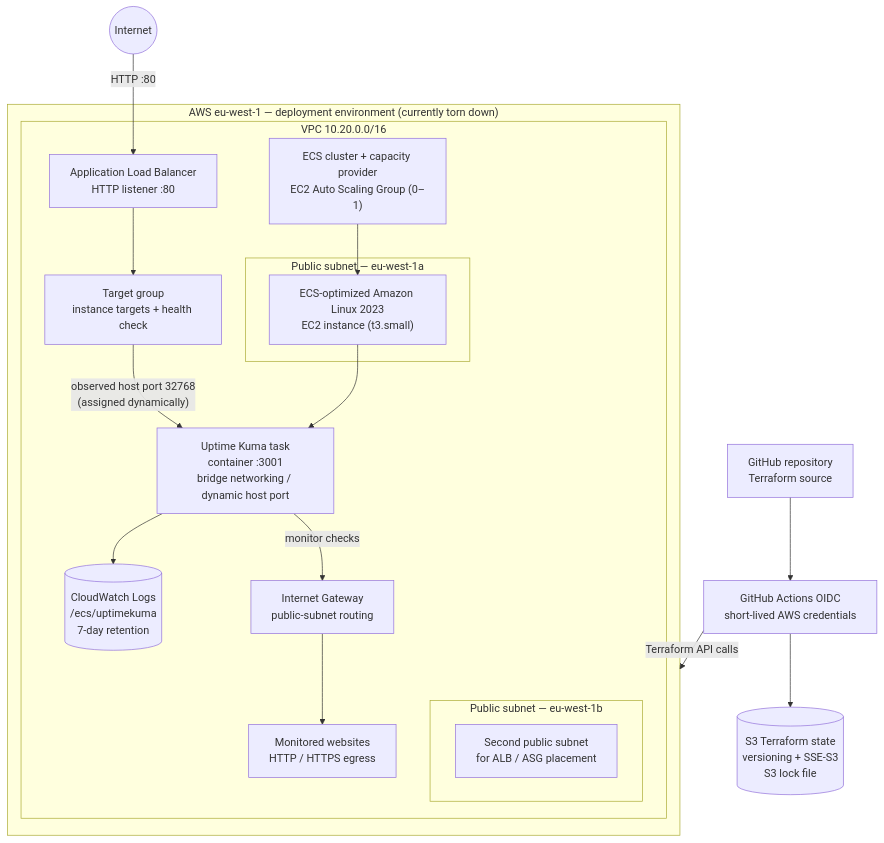
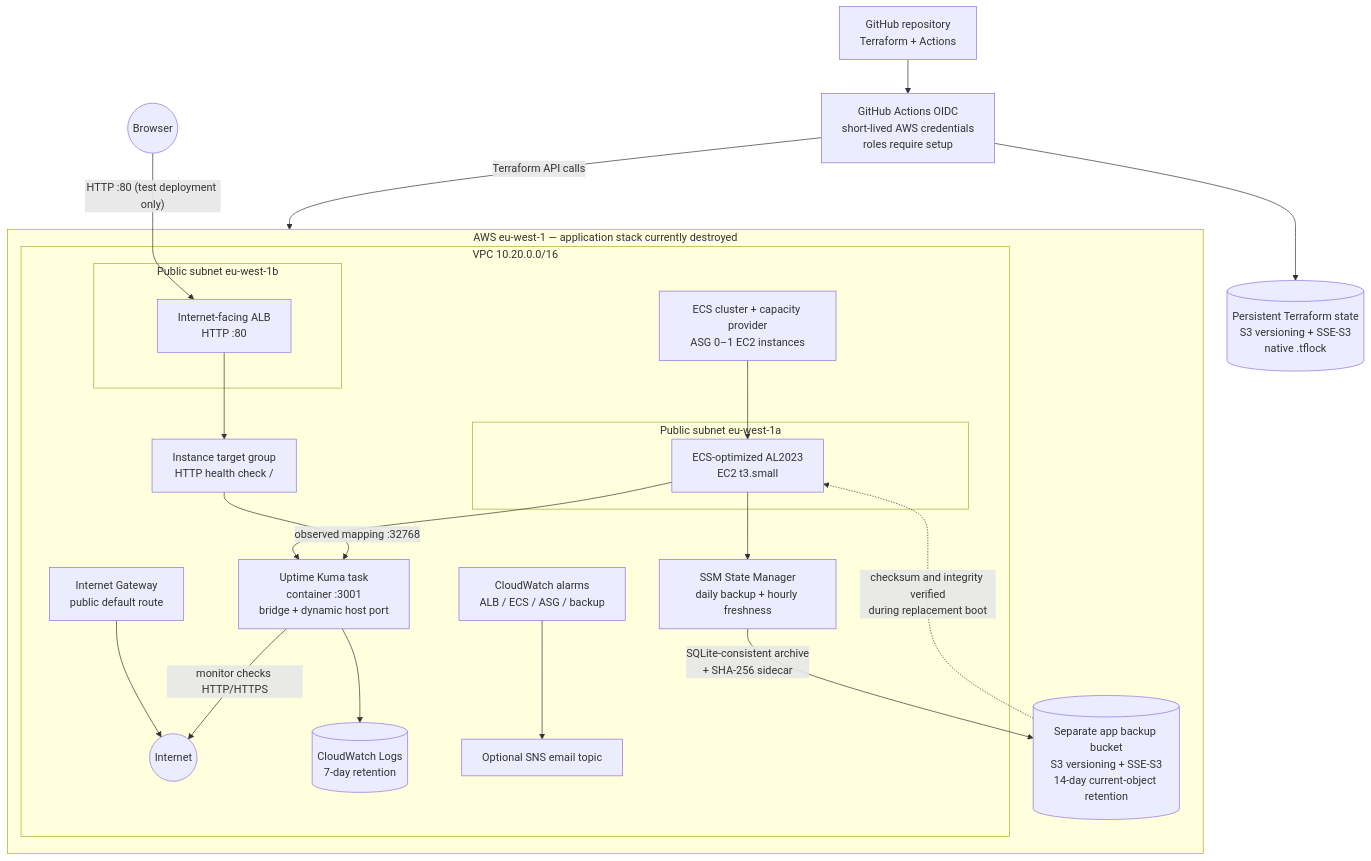
Before and after one commit to Pedro-Martins9/uptimekuma-aws-deployment: the diagram in README.md, drawn with Mermaid. The commit also changed other lines of this file, not shown here.

Commit message:
docs: document recovery architecture and current validation status

```diff
--- a/README.md
+++ b/README.md
@@ -19,36 +21,43 @@
 ~~~mermaid
 flowchart TB
-    Internet((Internet))
-    Targets["Monitored websites<br/>HTTP / HTTPS egress"]
-    GH["GitHub repository<br/>Terraform source"]
-    OIDC["GitHub Actions OIDC<br/>short-lived AWS credentials"]
-    State[("S3 Terraform state<br/>versioning + SSE-S3<br/>S3 lock file")]
+  User((Browser))
+  Internet((Internet))
+  GH["GitHub repository<br/>Terraform + Actions"]
+  OIDC["GitHub Actions OIDC<br/>short-lived AWS credentials<br/>roles require setup"]
+  State[("Persistent Terraform state<br/>S3 versioning + SSE-S3<br/>native .tflock")]
 
-    subgraph AWS["AWS eu-west-1 — deployment environment (currently torn down)"]
-      subgraph VPC["VPC 10.20.0.0/16"]
-        ALB["Application Load Balancer<br/>HTTP listener :80"]
-        TG["Target group<br/>instance targets + health check"]
-        subgraph AZA["Public subnet — eu-west-1a"]
-          EC2["ECS-optimized Amazon Linux 2023<br/>EC2 instance (t3.small)"]
-        end
-        subgraph AZB["Public subnet — eu-west-1b"]
-          Spare["Second public subnet<br/>for ALB / ASG placement"]
-        end
-        ECS["ECS cluster + capacity provider<br/>EC2 Auto Scaling Group (0–1)"]
-        App["Uptime Kuma task<br/>container :3001<br/>bridge networking / dynamic host port"]
-        Logs[("CloudWatch Logs<br/>/ecs/uptimekuma<br/>7-day retention")]
-        IGW["Internet Gateway<br/>public-subnet routing"]
-        ALB --> TG
-        TG -->|"observed host port 32768<br/>(assigned dynamically)"| App
-        ECS --> EC2
-        EC2 --> App
-        App --> Logs
-        IGW --> Targets
-        App -->|"monitor checks"| IGW
+  subgraph AWS["AWS eu-west-1 — application stack currently destroyed"]
+    subgraph VPC["VPC 10.20.0.0/16"]
+      IGW["Internet Gateway<br/>public default route"]
+      subgraph AZA["Public subnet eu-west-1a"]
+        EC2["ECS-optimized AL2023<br/>EC2 t3.small"]
       end
+      subgraph AZB["Public subnet eu-west-1b"]
+        ALB["Internet-facing ALB<br/>HTTP :80"]
+      end
+      ECS["ECS cluster + capacity provider<br/>ASG 0–1 EC2 instances"]
+      App["Uptime Kuma task<br/>container :3001<br/>bridge + dynamic host port"]
+      TG["Instance target group<br/>HTTP health check /"]
+      Logs[("CloudWatch Logs<br/>7-day retention")]
+      SSM["SSM State Manager<br/>daily backup + hourly freshness"]
+      Metrics["CloudWatch alarms<br/>ALB / ECS / ASG / backup"]
+      SNS["Optional SNS email topic"]
+      EC2 --> App
+      ALB --> TG
+      TG -->|"observed mapping :32768"| App
+      ECS --> EC2
+      App --> Logs
+      EC2 --> SSM
+      Metrics --> SNS
+      IGW --> Internet
     end
+    Backup[("Separate app backup bucket<br/>S3 versioning + SSE-S3<br/>14-day current-object retention")]
+    SSM -->|"SQLite-consistent archive<br/>+ SHA-256 sidecar"| Backup
+    Backup -. "checksum and integrity verified<br/>during replacement boot" .-> EC2
+  end
 
-    Internet -->|"HTTP :80"| ALB
-    GH --> OIDC -->|"Terraform API calls"| AWS
-    OIDC --> State
+  User -->|"HTTP :80 (test deployment only)"| ALB
+  App -->|"monitor checks HTTP/HTTPS"| Internet
+  GH --> OIDC -->|"Terraform API calls"| AWS
+  OIDC --> State
 ~~~
```
